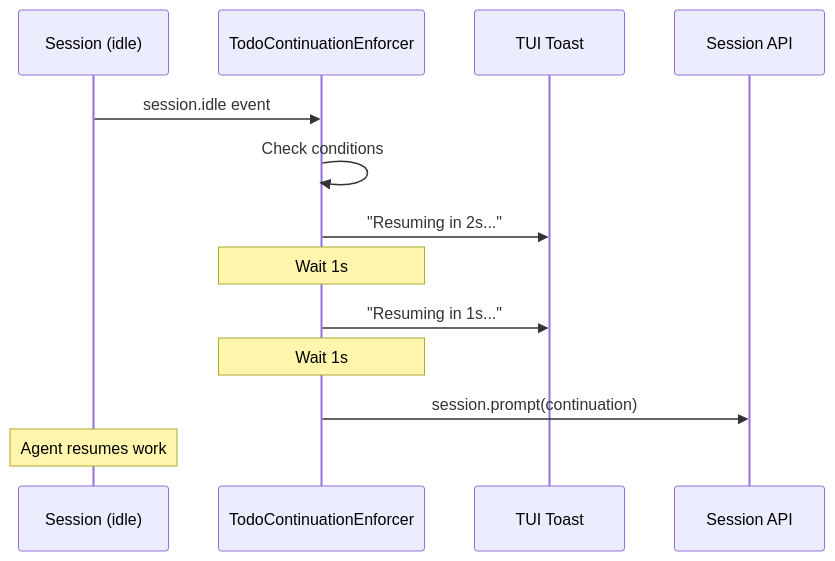
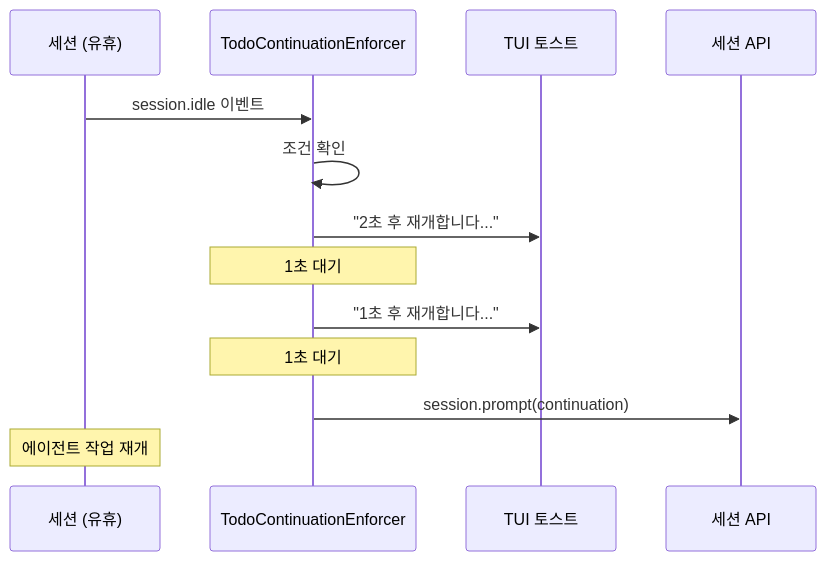
The third of 5 diagrams in docs/agents/todo-management.md (felipetruman/oh-my-opencode-docs), drawn with Mermaid before and after one commit. The commit also changed other lines of this file and 76 other files, not shown here.

````diff
--- a/docs/agents/todo-management.md
+++ b/docs/agents/todo-management.md
@@ -199,16 +199,16 @@
 ```mermaid
 sequenceDiagram
-  participant p1 as Session (idle)
+  participant p1 as 세션 (유휴)
   participant p2 as TodoContinuationEnforcer
-  participant p3 as TUI Toast
-  participant p4 as Session API
+  participant p3 as TUI 토스트
+  participant p4 as 세션 API
 
-  p1->>p2: session.idle event
-  p2->>p2: Check conditions
-  p2->>p3: "Resuming in 2s..."
-  note over p2: Wait 1s
-  p2->>p3: "Resuming in 1s..."
-  note over p2: Wait 1s
+  p1->>p2: session.idle 이벤트
+  p2->>p2: 조건 확인
+  p2->>p3: "2초 후 재개합니다..."
+  note over p2: 1초 대기
+  p2->>p3: "1초 후 재개합니다..."
+  note over p2: 1초 대기
   p2->>p4: session.prompt(continuation)
-  note over p1: Agent resumes work
+  note over p1: 에이전트 작업 재개
 ```
````
